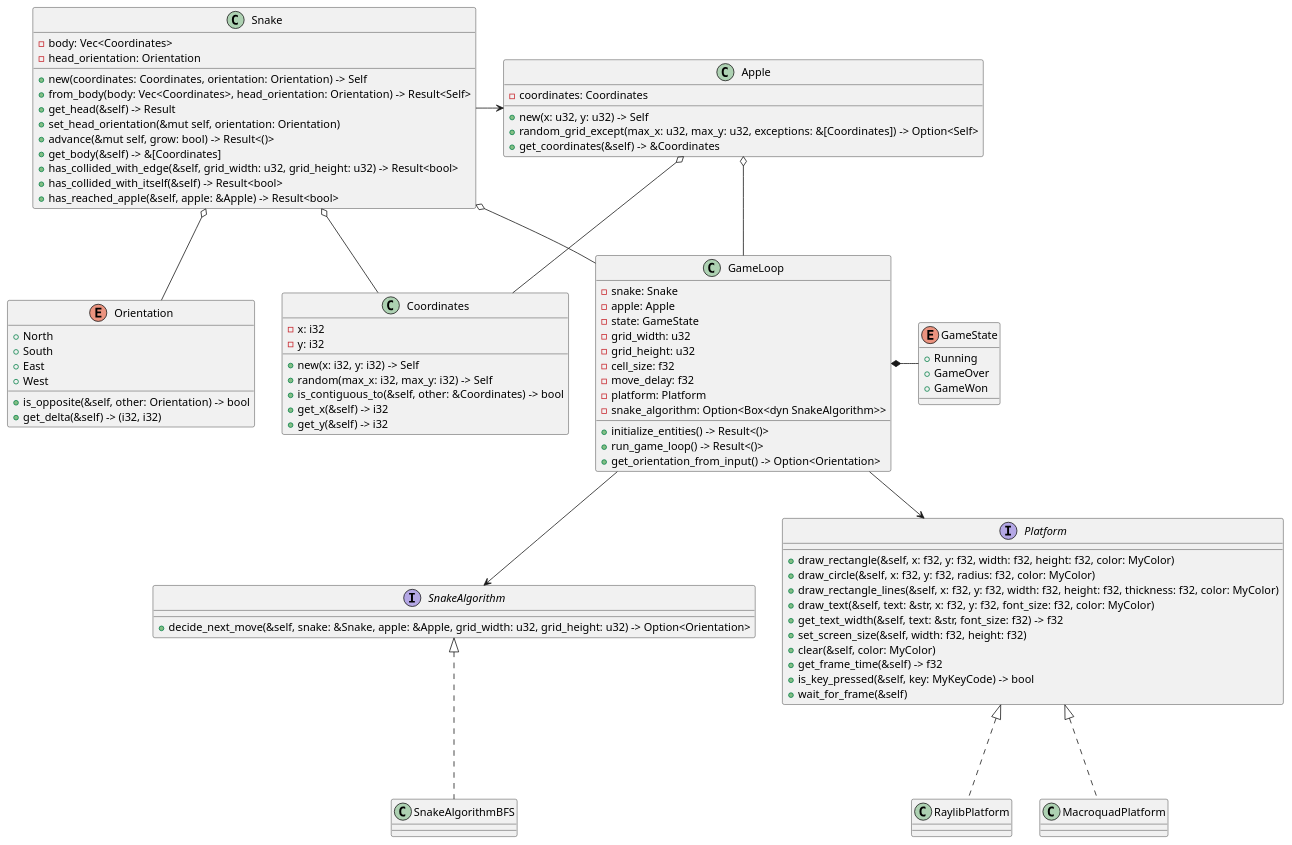
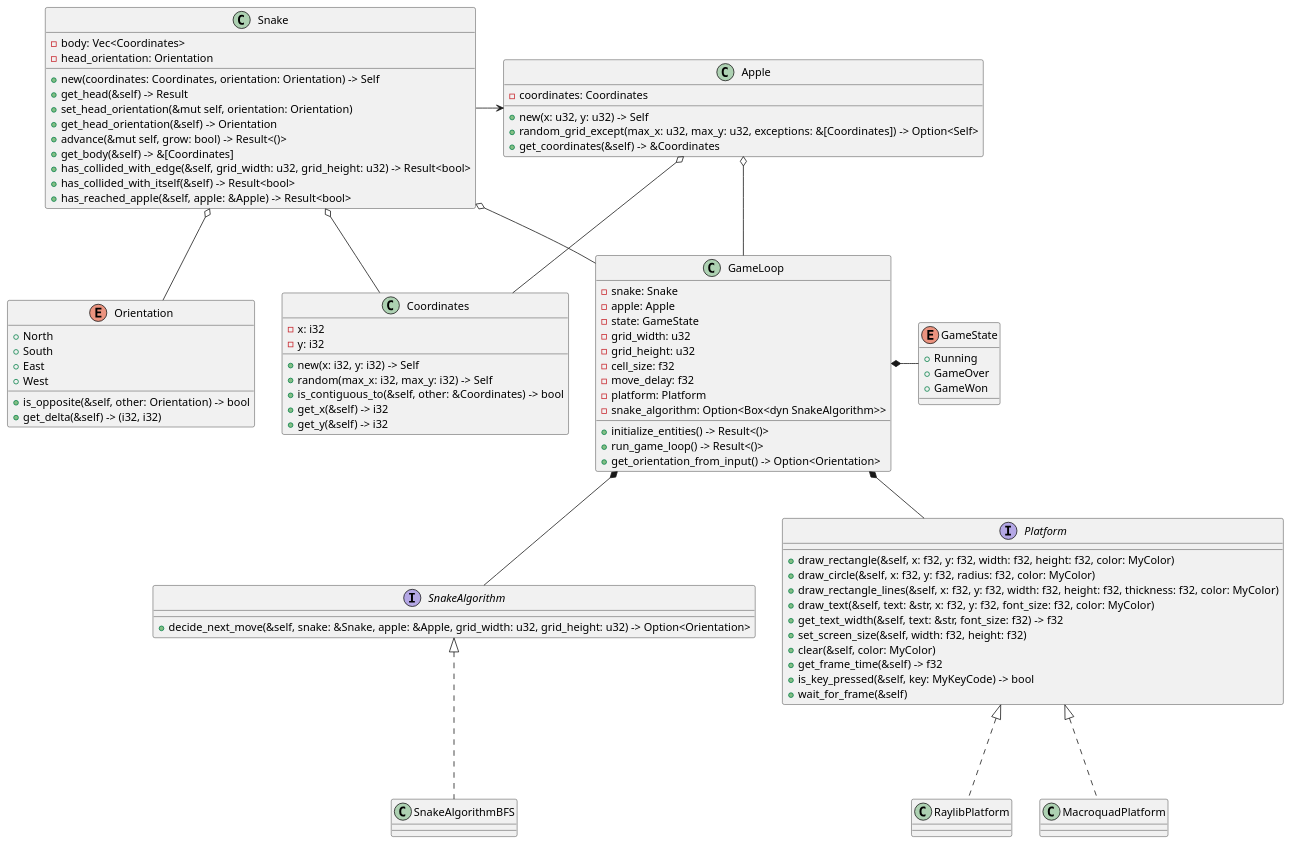
One commit to jmihali/snake-rust changed the diagram in docs/class_diagram.wsd. Above: the diagram before and after it, drawn with PlantUML.

Commit message:
docs: fix class diagram

```diff
--- a/docs/class_diagram.wsd
+++ b/docs/class_diagram.wsd
@@ -1,97 +1,97 @@
 @startuml joan
 
 Class Snake {
 - body: Vec<Coordinates>
 - head_orientation: Orientation
 + new(coordinates: Coordinates, orientation: Orientation) -> Self
-+ from_body(body: Vec<Coordinates>, head_orientation: Orientation) -> Result<Self>
 + get_head(&self) -> Result<&Coordinates>
 + set_head_orientation(&mut self, orientation: Orientation)
++ get_head_orientation(&self) -> Orientation
 + advance(&mut self, grow: bool) -> Result<()>
 + get_body(&self) -> &[Coordinates]
 + has_collided_with_edge(&self, grid_width: u32, grid_height: u32) -> Result<bool>
 + has_collided_with_itself(&self) -> Result<bool>
 + has_reached_apple(&self, apple: &Apple) -> Result<bool>
 }
 
 Class Apple {
 - coordinates: Coordinates
 + new(x: u32, y: u32) -> Self
 + random_grid_except(max_x: u32, max_y: u32, exceptions: &[Coordinates]) -> Option<Self>
 + get_coordinates(&self) -> &Coordinates
 }
 
 Class Coordinates {
 - x: i32
 - y: i32
 + new(x: i32, y: i32) -> Self
 + random(max_x: i32, max_y: i32) -> Self
 + is_contiguous_to(&self, other: &Coordinates) -> bool
 + get_x(&self) -> i32
 + get_y(&self) -> i32
 }
 
 Enum Orientation {
     + North
     + South
     + East
     + West
     + is_opposite(&self, other: Orientation) -> bool
     + get_delta(&self) -> (i32, i32)
 }
 
 Class GameLoop {
 - snake: Snake
 - apple: Apple
 - state: GameState
 - grid_width: u32
 - grid_height: u32
 - cell_size: f32
 - move_delay: f32
 - platform: Platform
 - snake_algorithm: Option<Box<dyn SnakeAlgorithm>>
 + initialize_entities() -> Result<()>
 + run_game_loop() -> Result<()>
 + get_orientation_from_input() -> Option<Orientation>
 }
 
 Enum GameState {
     + Running
     + GameOver
     + GameWon
 }
 
 Interface Platform {
 + draw_rectangle(&self, x: f32, y: f32, width: f32, height: f32, color: MyColor)
 + draw_circle(&self, x: f32, y: f32, radius: f32, color: MyColor)
 + draw_rectangle_lines(&self, x: f32, y: f32, width: f32, height: f32, thickness: f32, color: MyColor)
 + draw_text(&self, text: &str, x: f32, y: f32, font_size: f32, color: MyColor)
 + get_text_width(&self, text: &str, font_size: f32) -> f32
 + set_screen_size(&self, width: f32, height: f32)
 + clear(&self, color: MyColor)
 + get_frame_time(&self) -> f32
 + is_key_pressed(&self, key: MyKeyCode) -> bool
 + wait_for_frame(&self)
 }
 
 Interface SnakeAlgorithm {
 + decide_next_move(&self, snake: &Snake, apple: &Apple, grid_width: u32, grid_height: u32) -> Option<Orientation>
 }
 
 Snake -> Apple
 Snake o-- Coordinates
 Snake o-- Orientation
 Apple o- Coordinates
 
 GameLoop -up-o Snake
 GameLoop -up-o Apple
-GameLoop -down-> Platform
-GameLoop -down-> SnakeAlgorithm
+GameLoop *-down- Platform
+GameLoop *-down- SnakeAlgorithm
 GameLoop *-right- GameState
 
 MacroquadPlatform -up..|> Platform
 RaylibPlatform -up..|> Platform
 
 SnakeAlgorithmBFS -up..|> SnakeAlgorithm
 
 @enduml
```
